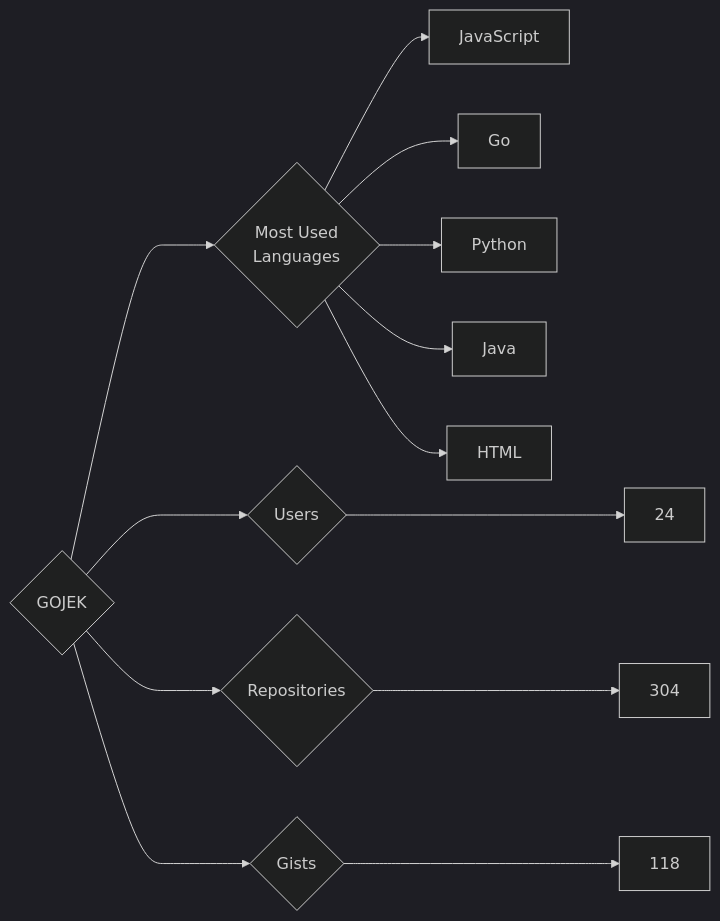
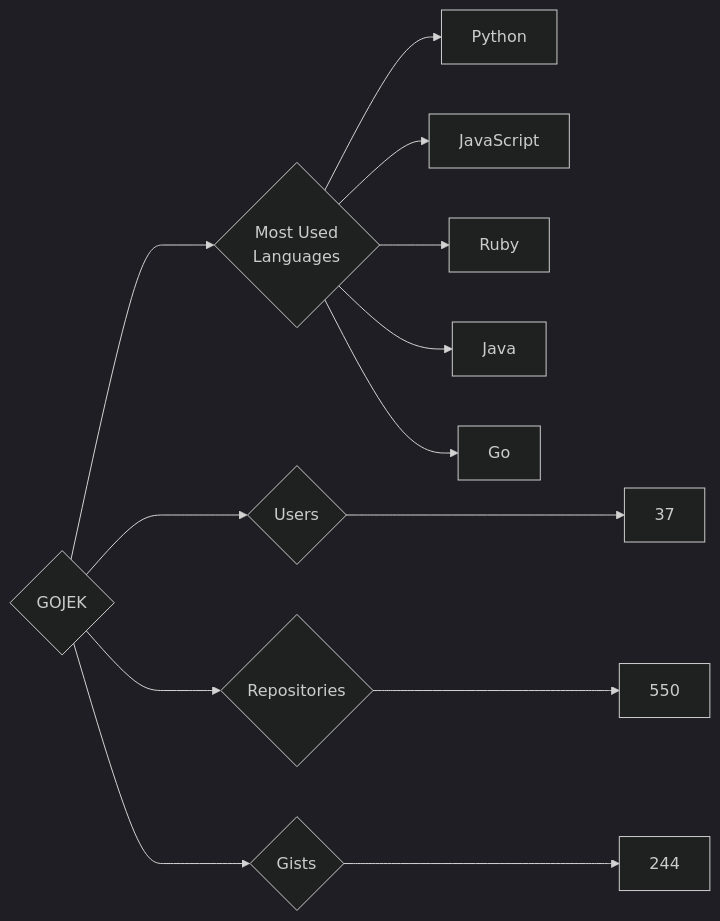
One commit to trickest/insiders changed the diagram in targets/GOJEK/README.md. Above: the diagram before and after it, drawn with Mermaid (dark theme). The commit also changed 679 other files, not shown here.

````diff
--- a/targets/GOJEK/README.md
+++ b/targets/GOJEK/README.md
@@ -3,13 +3,13 @@
 ```mermaid
 graph LR
 COMPANY_NAME{GOJEK}
-COMPANY_NAME ---> U{Users} ---> UN[24]
-COMPANY_NAME ---> R{Repositories} ---> RN[304]
-COMPANY_NAME ---> G{Gists} ---> GN[118]
+COMPANY_NAME ---> U{Users} ---> UN[37]
+COMPANY_NAME ---> R{Repositories} ---> RN[550]
+COMPANY_NAME ---> G{Gists} ---> GN[244]
 COMPANY_NAME ---> ML{Most Used<br>Languages}
+ML --> Python[Python]
 ML --> JavaScript[JavaScript]
+ML --> Ruby[Ruby]
+ML --> Java[Java]
 ML --> Go[Go]
-ML --> Python[Python]
-ML --> Java[Java]
-ML --> HTML[HTML]
 ```
````
